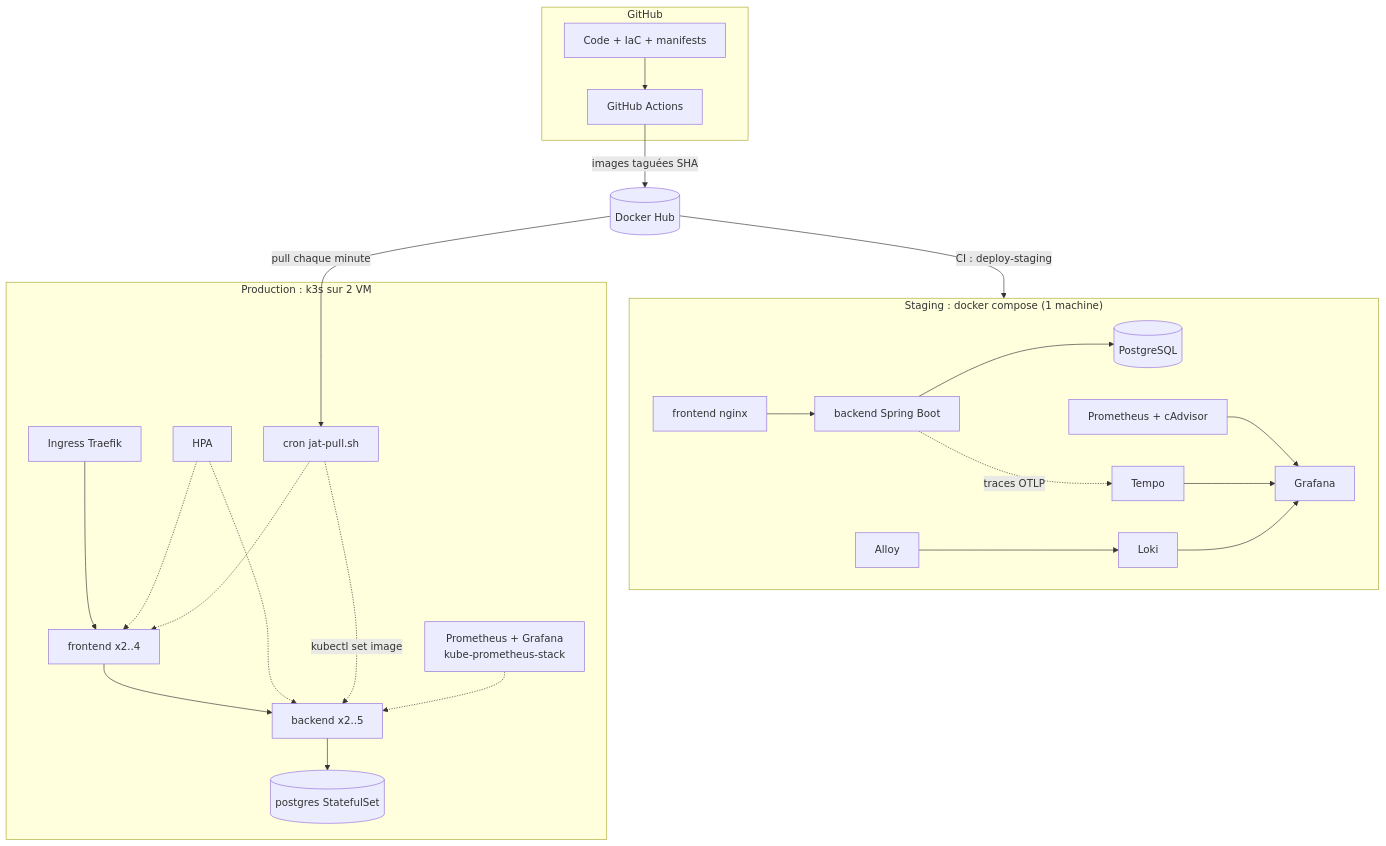
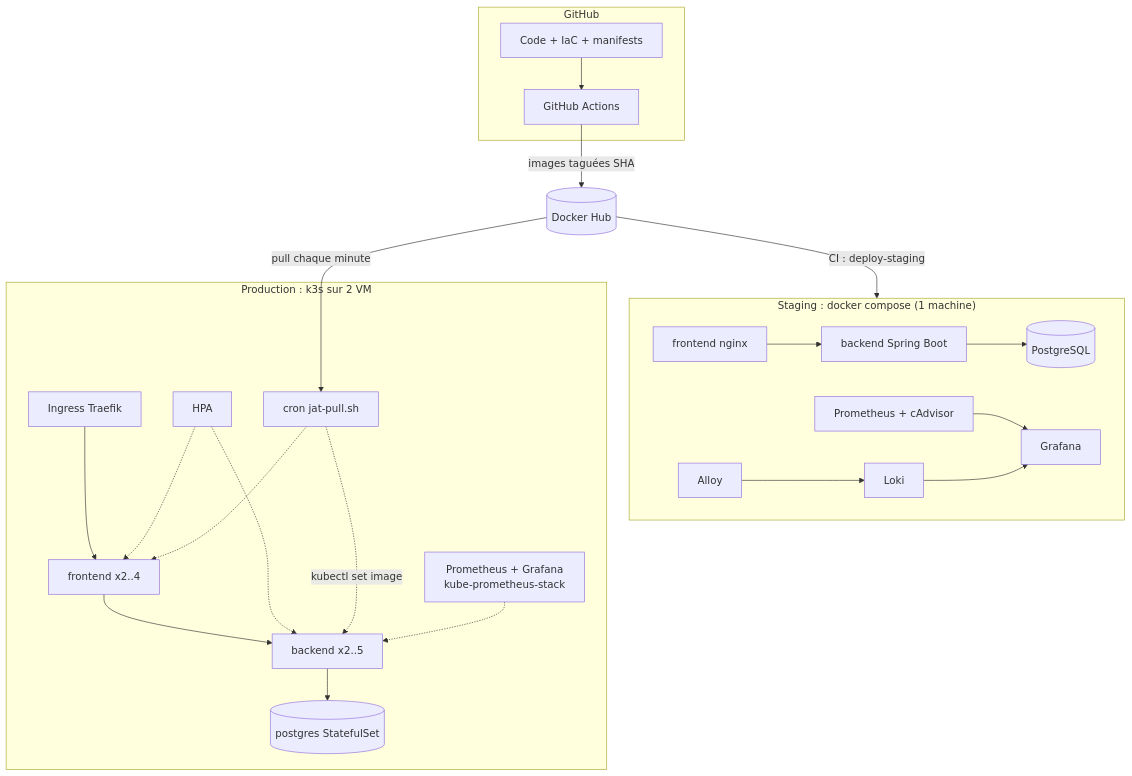
The first of 2 diagrams in docs/dossier-projet.md (AnecV8/Projet-devops-avancee), drawn with Mermaid before and after one commit. The commit also changed other lines of this file and 5 other files, not shown here.

````diff
--- a/docs/dossier-projet.md
+++ b/docs/dossier-projet.md
@@ -13,28 +13,27 @@
 ```mermaid
 flowchart TB
   subgraph GitHub
     code[Code + IaC + manifests] --> ci[GitHub Actions]
   end
   ci -->|images taguées SHA| hub[(Docker Hub)]
 
   subgraph Staging["Staging : docker compose (1 machine)"]
     sfront[frontend nginx] --> sback[backend Spring Boot] --> sdb[(PostgreSQL)]
     sprom[Prometheus + cAdvisor] --> sgraf[Grafana]
     salloy[Alloy] --> sloki[Loki] --> sgraf
-    sback -.->|traces OTLP| stempo[Tempo] --> sgraf
   end
 
   subgraph Prod["Production : k3s sur 2 VM"]
     ing[Ingress Traefik] --> pfront[frontend x2..4]
     pfront --> pback[backend x2..5]
     pback --> pdb[(postgres StatefulSet)]
     hpa[HPA] -.-> pfront
     hpa -.-> pback
     cron[cron jat-pull.sh] -.->|kubectl set image| pback
     cron -.-> pfront
     kps[Prometheus + Grafana<br/>kube-prometheus-stack] -.-> pback
   end
 
   hub -->|CI : deploy-staging| Staging
   hub -->|pull chaque minute| cron
 ```
````
